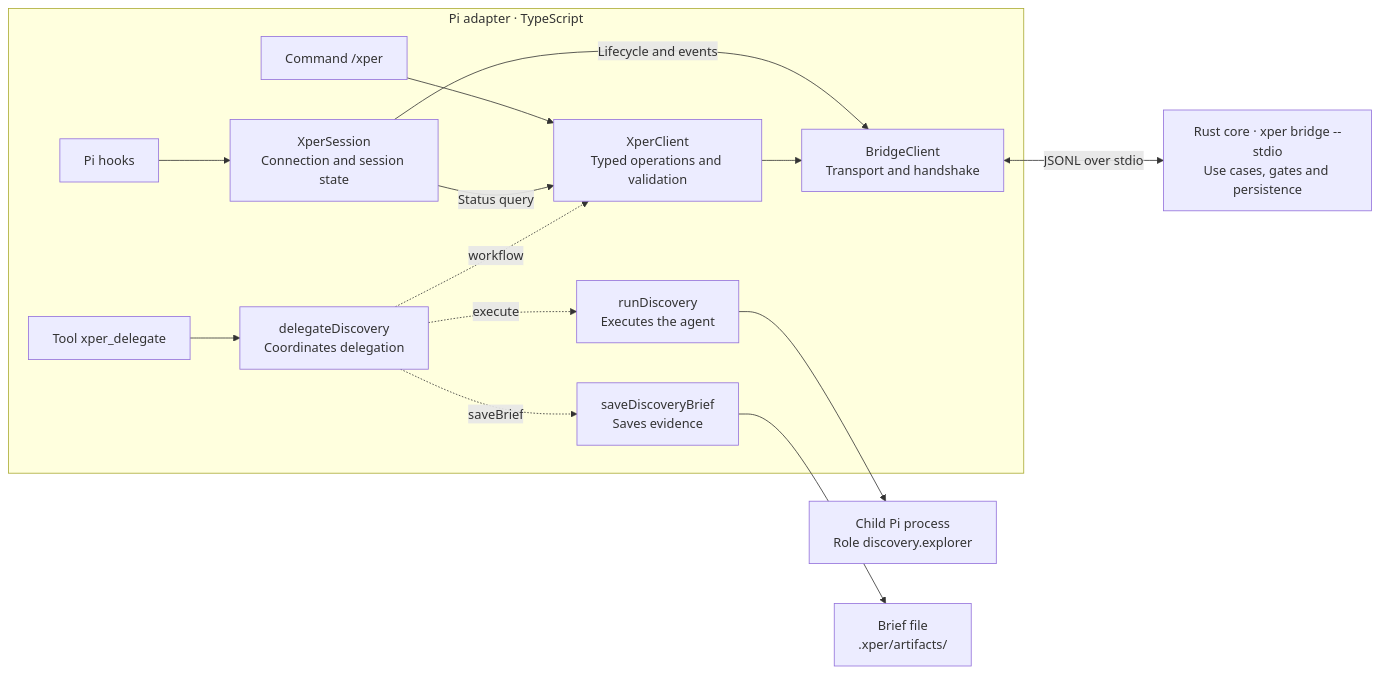
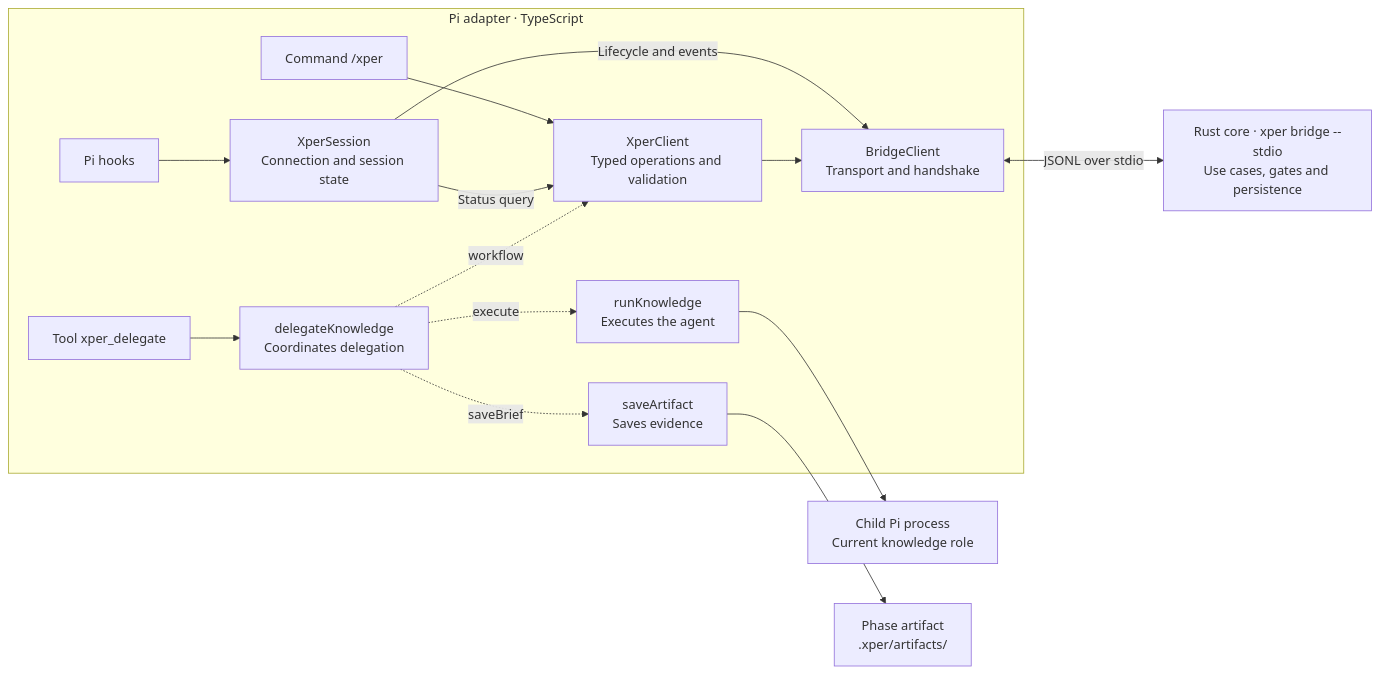
One commit to xpersh/xper changed the diagram in adapters/pi/docs/architecture.md. Above: the diagram before and after it, drawn with Mermaid. The commit also changed other lines of this file and 61 other files, not shown here.

````diff
--- a/adapters/pi/docs/architecture.md
+++ b/adapters/pi/docs/architecture.md
@@ -25,32 +25,32 @@
 ```mermaid
 flowchart LR
     subgraph adapter["Pi adapter · TypeScript"]
         command["Command /xper"]
         tool["Tool xper_delegate"]
         hooks["Pi hooks"]
         session["XperSession<br/>Connection and session state"]
-        action["delegateDiscovery<br/>Coordinates delegation"]
+        action["delegateKnowledge<br/>Coordinates delegation"]
         client["XperClient<br/>Typed operations and validation"]
         bridge["BridgeClient<br/>Transport and handshake"]
-        executor["runDiscovery<br/>Executes the agent"]
-        writer["saveDiscoveryBrief<br/>Saves evidence"]
+        executor["runKnowledge<br/>Executes the agent"]
+        writer["saveArtifact<br/>Saves evidence"]
 
         command --> client
         tool --> action
         hooks --> session
         session -->|Status query| client
         session -->|Lifecycle and events| bridge
         action -. workflow .-> client
         action -. execute .-> executor
         action -. saveBrief .-> writer
         client --> bridge
     end
 
     core["Rust core · xper bridge --stdio<br/>Use cases, gates and persistence"]
-    child["Child Pi process<br/>Role discovery.explorer"]
-    brief["Brief file<br/>.xper/artifacts/"]
+    child["Child Pi process<br/>Current knowledge role"]
+    brief["Phase artifact<br/>.xper/artifacts/"]
 
     bridge <-->|JSONL over stdio| core
     executor --> child
     writer --> brief
 ```
````
